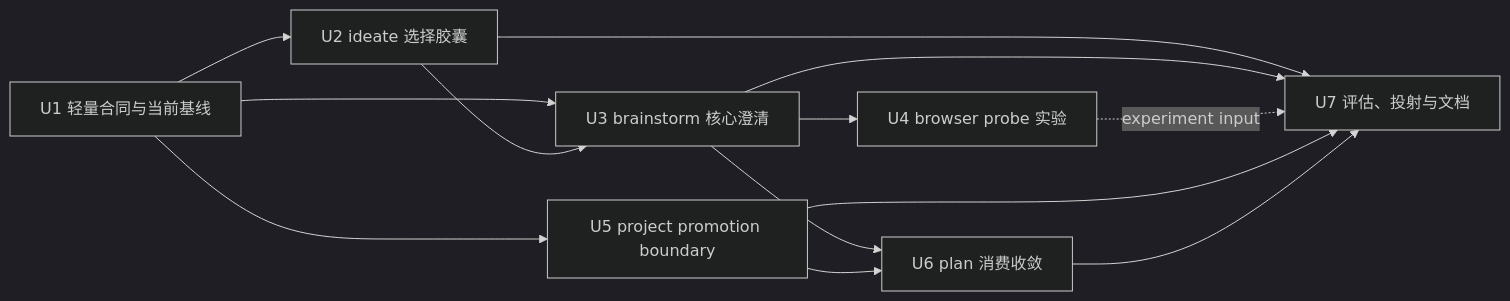
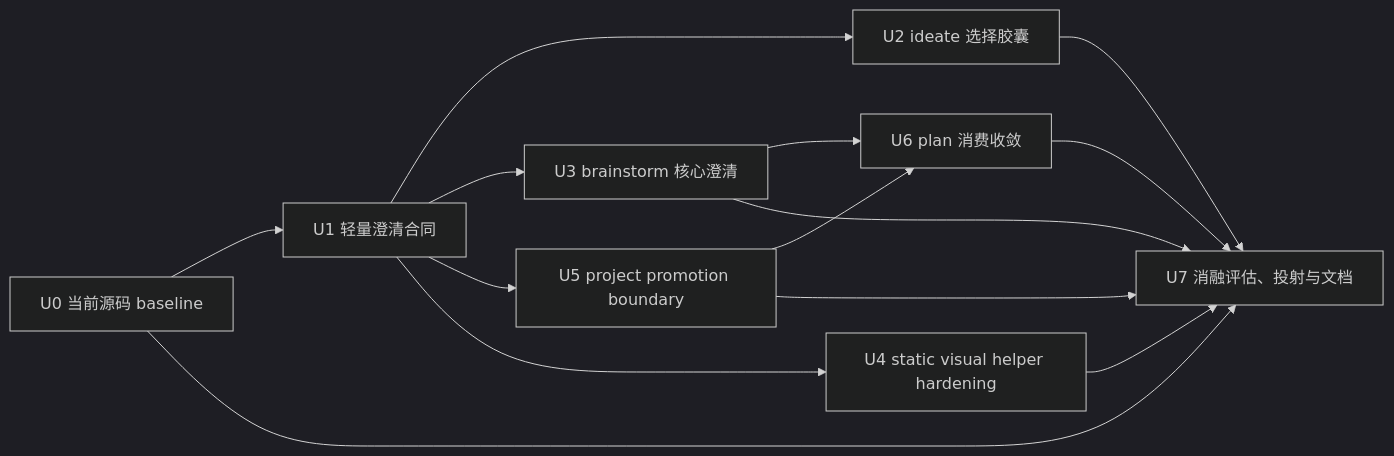
One commit to leo-kuang-ai/spec-first changed the third of 3 diagrams in docs/plans/2026-07-11-003-refactor-requirements-clarification-skills-integration-plan.md. Above: the diagram before and after it, drawn with Mermaid (dark theme). The commit also changed other lines of this file and 35 other files, not shown here.

````diff
--- a/docs/plans/2026-07-11-003-refactor-requirements-clarification-skills-integration-plan.md
+++ b/docs/plans/2026-07-11-003-refactor-requirements-clarification-skills-integration-plan.md
@@ -346,15 +347,16 @@
 ```mermaid
 flowchart LR
-  U1[U1 轻量合同与当前基线] --> U2[U2 ideate 选择胶囊]
+  U0[U0 当前源码 baseline] --> U1[U1 轻量澄清合同]
+  U1 --> U2[U2 ideate 选择胶囊]
   U1 --> U3[U3 brainstorm 核心澄清]
   U1 --> U5[U5 project promotion boundary]
-  U2 --> U3
-  U3 --> U4[U4 browser probe 实验]
+  U1 --> U4[U4 static visual helper hardening]
   U3 --> U6[U6 plan 消费收敛]
   U5 --> U6
-  U2 --> U7[U7 评估、投射与文档]
+  U0 --> U7[U7 消融评估、投射与文档]
+  U2 --> U7
   U3 --> U7
-  U4 -. experiment input .-> U7
+  U4 --> U7
   U5 --> U7
   U6 --> U7
 ```
````
